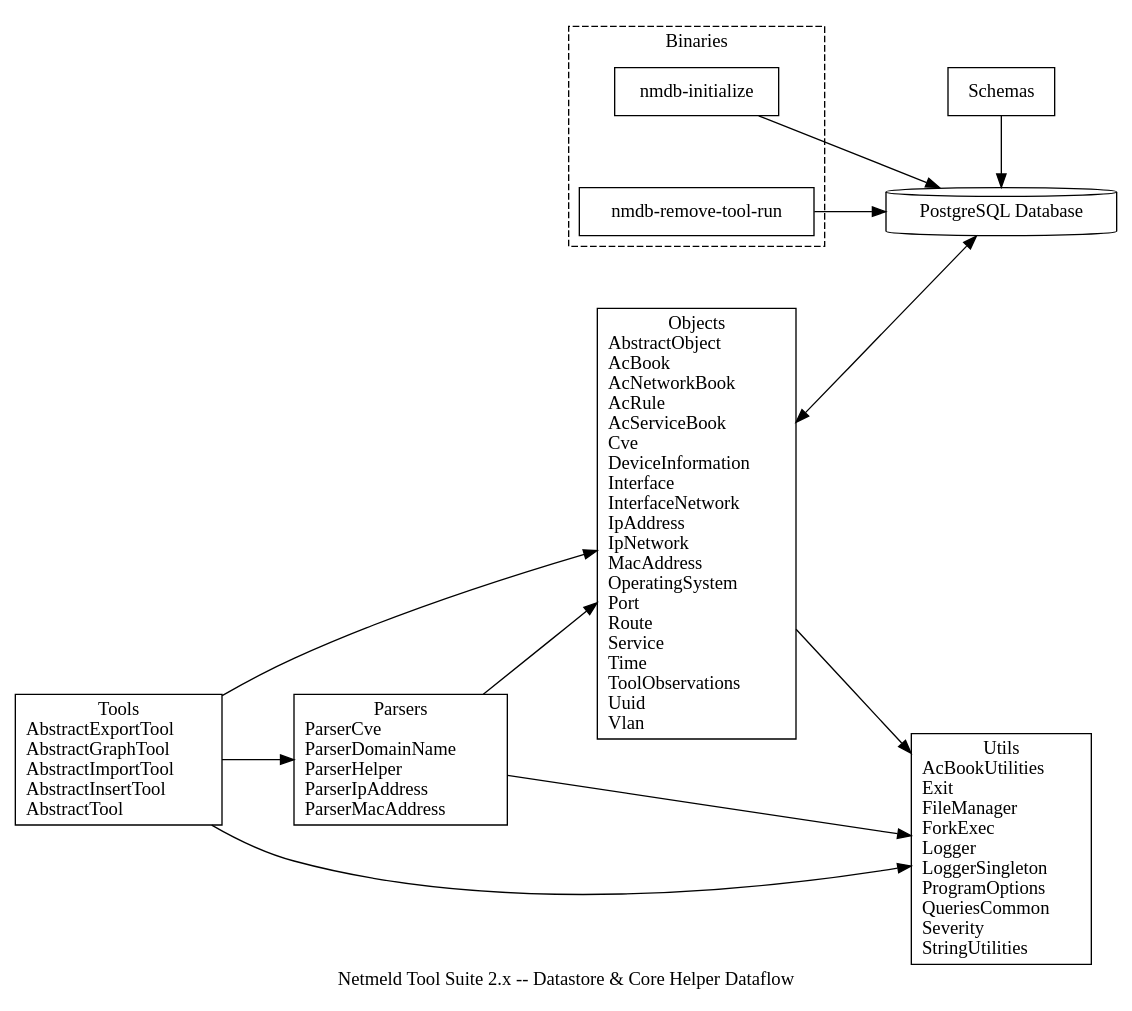
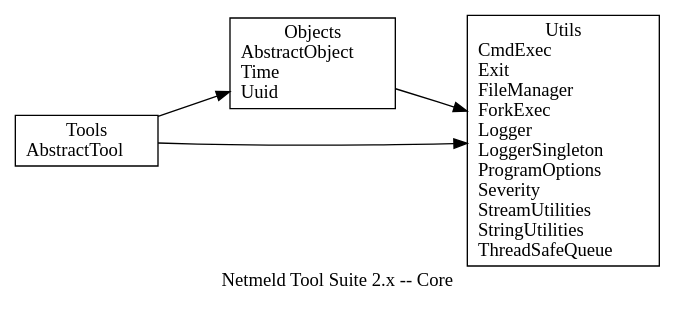
One commit to netmeld/netmeld changed the diagram in core/docs/netmeld-core.dot. Above: the diagram before and after it, drawn with Graphviz. The commit also changed 7 other files, not shown here.

```diff
--- a/core/docs/netmeld-core.dot
+++ b/core/docs/netmeld-core.dot
@@ -1,42 +1,20 @@
 digraph netmeld {
   rankdir=LR;
   nodesep=0.75;
   ranksep=0.75;
   newrank=true;
   splines=spline;
 
-  label="Netmeld Tool Suite 2.x -- Datastore & Core Helper Dataflow";
+  label="Netmeld Tool Suite 2.x -- Core";
 
-
-  // find core/utils/ -iname "*.hpp" | sed -e 's/core\/utils\///g' -e 's/.hpp/\\l/g' | sort -u | paste -sd '' -
+  // find core -iname "*.hpp" | sort -u
+  // find core/common/utils -iname "*.hpp" -printf '%f\n' | sed -e 's/.hpp/\\l/g' | sort -u | paste -sd '' -
 
   node [shape=rectangle];
-  init [label="nmdb-initialize"];
-  remove [label="nmdb-remove-tool-run"];
-  objects [label="Objects\nAbstractObject\lAcBook\lAcNetworkBook\lAcRule\lAcServiceBook\lCve\lDeviceInformation\lInterface\lInterfaceNetwork\lIpAddress\lIpNetwork\lMacAddress\lOperatingSystem\lPort\lRoute\lService\lTime\lToolObservations\lUuid\lVlan\l"];
-  parsers [label="Parsers\nParserCve\lParserDomainName\lParserHelper\lParserIpAddress\lParserMacAddress\l"];
-  schemas [label="Schemas\n"];
-  tools [label="Tools\nAbstractExportTool\lAbstractGraphTool\lAbstractImportTool\lAbstractInsertTool\lAbstractTool\l"];
-  utils [label="Utils\nAcBookUtilities\lExit\lFileManager\lForkExec\lLogger\lLoggerSingleton\lProgramOptions\lQueriesCommon\lSeverity\lStringUtilities\l"];
+  objects [label="Objects\nAbstractObject\lTime\lUuid\l"];
+  tools [label="Tools\nAbstractTool\l"];
+  utils [label="Utils\nCmdExec\lExit\lFileManager\lForkExec\lLogger\lLoggerSingleton\lProgramOptions\lSeverity\lStreamUtilities\lStringUtilities\lThreadSafeQueue\l"];
 
-  node [shape=cylinder];
-  datastore [label="PostgreSQL Database"];
-
-  subgraph cluster_binaries {
-    label="Binaries";
-    style="dashed";
-
-    init;
-    remove;
-  }
-
-  {rank=same; schemas datastore};
-
-  {init remove}->datastore;
-  objects->datastore [dir="both"];
-  tools->parsers;
-  {objects parsers tools}->utils;
-  tools->objects;
-  schemas->datastore;
-  parsers->objects;
+  tools->{objects utils};
+  objects->utils;
 }
```
